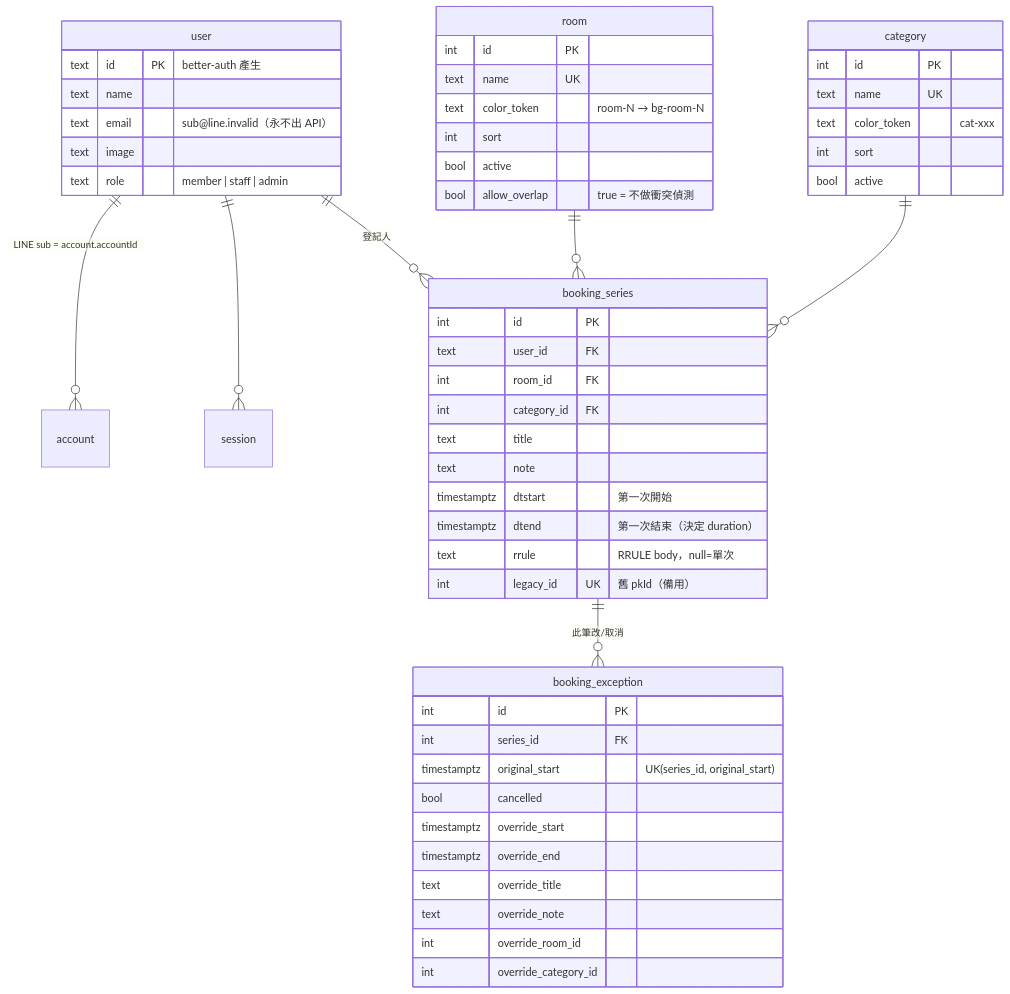
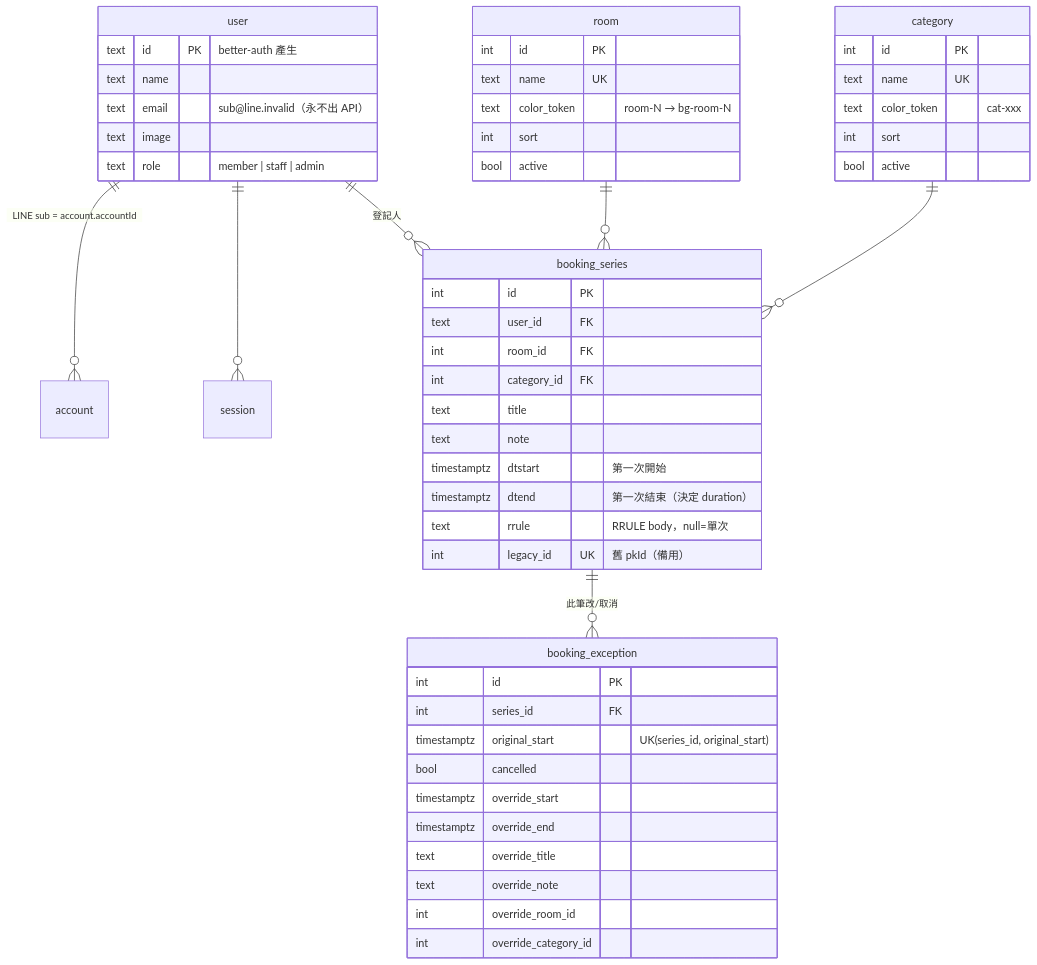
One commit to mushding/Shimen-Church-Book-System changed the third of 5 diagrams in docs/architecture.md. Above: the diagram before and after it, drawn with Mermaid. The commit also changed other lines of this file and 11 other files, not shown here.

Commit message:
feat: drop room.allowOverlap (all rooms conflict-checked; migration 0001); colour picker parses minified oklch(%); flex-centred toggle knob

````diff
--- a/docs/architecture.md
+++ b/docs/architecture.md
@@ -74,55 +74,54 @@
 ```mermaid
 erDiagram
   user ||--o{ account : "LINE sub = account.accountId"
   user ||--o{ session : ""
   user ||--o{ booking_series : "登記人"
   room ||--o{ booking_series : ""
   category ||--o{ booking_series : ""
   booking_series ||--o{ booking_exception : "此筆改/取消"
   room {
     int id PK
     text name UK
     text color_token "room-N → bg-room-N"
     int sort
     bool active
-    bool allow_overlap "true = 不做衝突偵測"
   }
   category {
     int id PK
     text name UK
     text color_token "cat-xxx"
     int sort
     bool active
   }
   booking_series {
     int id PK
     text user_id FK
     int room_id FK
     int category_id FK
     text title
     text note
     timestamptz dtstart "第一次開始"
     timestamptz dtend "第一次結束（決定 duration）"
     text rrule "RRULE body，null=單次"
     int legacy_id UK "舊 pkId（備用）"
   }
   booking_exception {
     int id PK
     int series_id FK
     timestamptz original_start "UK(series_id, original_start)"
     bool cancelled
     timestamptz override_start
     timestamptz override_end
     text override_title
     text override_note
     int override_room_id
     int override_category_id
   }
   user {
     text id PK "better-auth 產生"
     text name
     text email "sub@line.invalid（永不出 API）"
     text image
     text role "member | staff | admin"
   }
 ```
````
